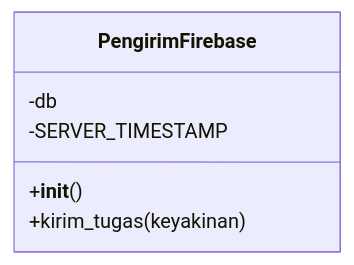
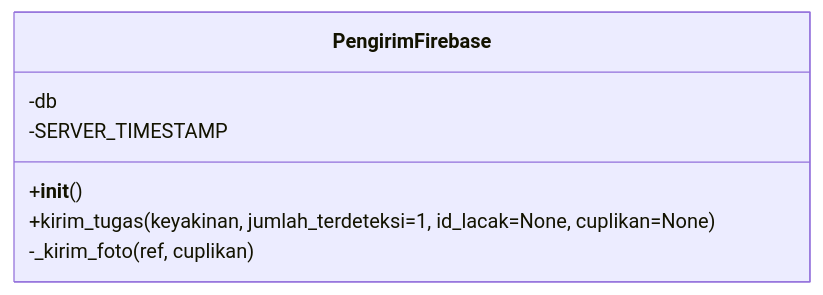
One commit to rdsarjito/whoosh-ramah changed the third of 7 diagrams in .qoder/repowiki/en/content/AI Detection System/Firebase Integration.md. Above: the diagram before and after it, drawn with Mermaid. The commit also changed other lines of this file and 68 other files, not shown here.

````diff
--- a/.qoder/repowiki/en/content/AI Detection System/Firebase Integration.md
+++ b/.qoder/repowiki/en/content/AI Detection System/Firebase Integration.md
@@ -137,9 +150,10 @@
 ```mermaid
 classDiagram
 class PengirimFirebase {
 -db
 -SERVER_TIMESTAMP
 +__init__()
-+kirim_tugas(keyakinan)
++kirim_tugas(keyakinan, jumlah_terdeteksi=1, id_lacak=None, cuplikan=None)
+-_kirim_foto(ref, cuplikan)
 }
 ```
````
